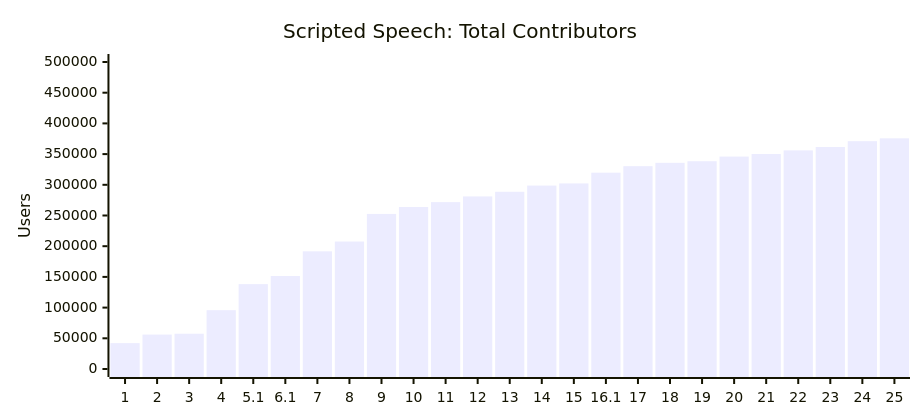
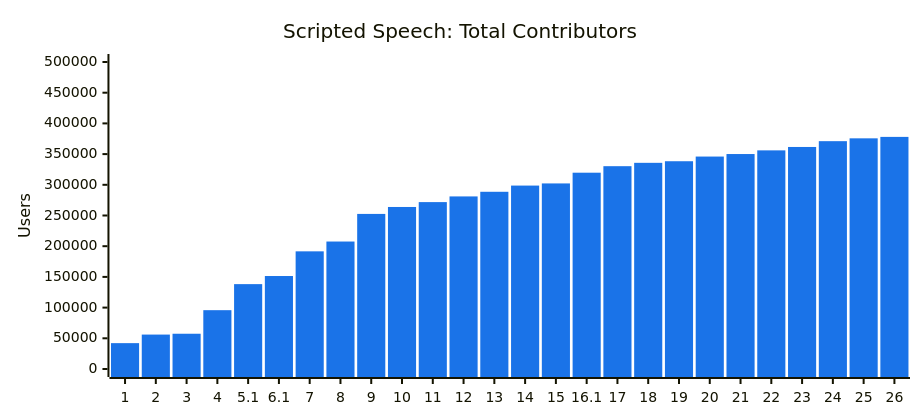
The second of 3 diagrams in datasets/scripted-speech/README.md (common-voice/cv-dataset), drawn with Mermaid before and after one commit. The commit also changed other lines of this file and 1 other file, not shown here.

````diff
--- a/datasets/scripted-speech/README.md
+++ b/datasets/scripted-speech/README.md
@@ -30,13 +33,16 @@
 ```mermaid
 ---
 config:
     xyChart:
         width: 900
         height: 400
+    themeVariables:
+        xyChart:
+            plotColorPalette: "#1a73e8"
 ---
 xychart-beta
     title "Scripted Speech: Total Contributors"
-    x-axis ["1","2","3","4","5.1","6.1","7","8","9","10","11","12","13","14","15","16.1","17","18","19","20","21","22","23","24","25"]
+    x-axis ["1","2","3","4","5.1","6.1","7","8","9","10","11","12","13","14","15","16.1","17","18","19","20","21","22","23","24","25","26"]
     y-axis "Users" 0 --> 500000
-    bar [42109,56059,57420,95798,138225,151434,191622,207602,252576,263879,271817,281069,288617,298724,302232,319703,330323,335780,338378,345996,350098,356074,361614,371058,375673]
+    bar [42109,56059,57420,95798,138225,151434,191622,207602,252576,263879,271817,281069,288617,298724,302232,319703,330323,335780,338378,345996,350098,356074,361614,371058,375673,378025]
 ```
````
